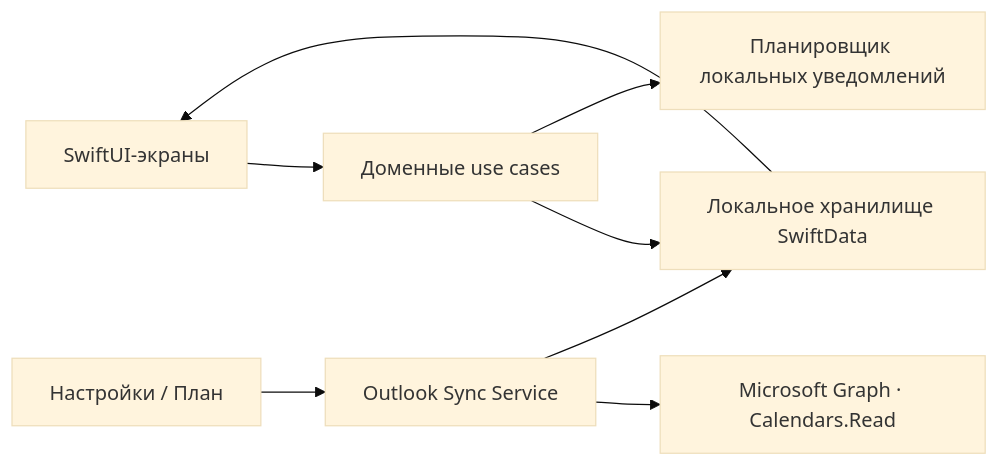
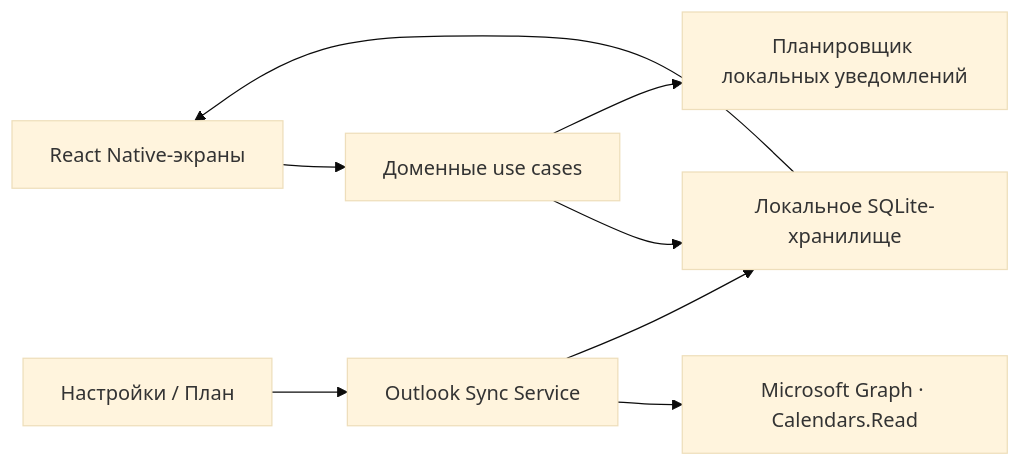
One commit to juliagrishina/tasktracker changed the second of 2 diagrams in docs/superpowers/specs/2026-08-01-ios-planner-interface-design.md. Above: the diagram before and after it, drawn with Mermaid (base theme). The commit also changed other lines of this file and 2 other files, not shown here.

Commit message:
docs: record Expo technology decision

````diff
--- a/docs/superpowers/specs/2026-08-01-ios-planner-interface-design.md
+++ b/docs/superpowers/specs/2026-08-01-ios-planner-interface-design.md
@@ -261,10 +261,10 @@
 ```mermaid
 flowchart LR
-    UI["SwiftUI-экраны"] --> UseCases["Доменные use cases"]
-    UseCases --> Store["Локальное хранилище SwiftData"]
+    UI["React Native-экраны"] --> UseCases["Доменные use cases"]
+    UseCases --> Store["Локальное SQLite-хранилище"]
     UseCases --> Scheduler["Планировщик локальных уведомлений"]
     Settings["Настройки / План"] --> Sync["Outlook Sync Service"]
     Sync --> Graph["Microsoft Graph · Calendars.Read"]
     Sync --> Store
     Store --> UI
 ```
````
